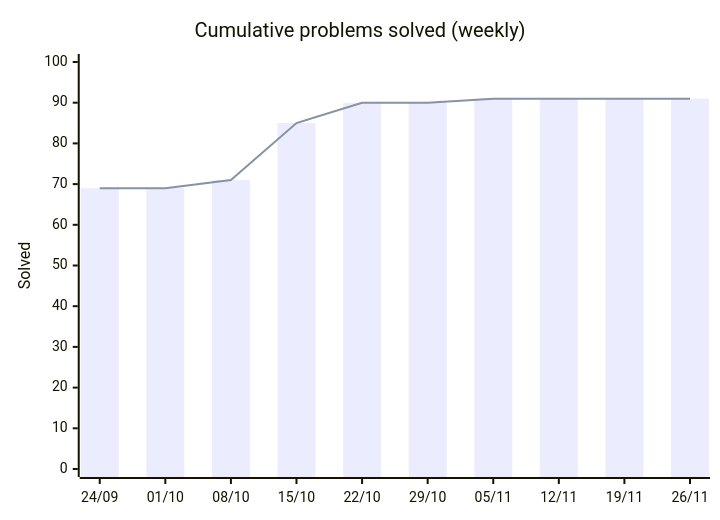
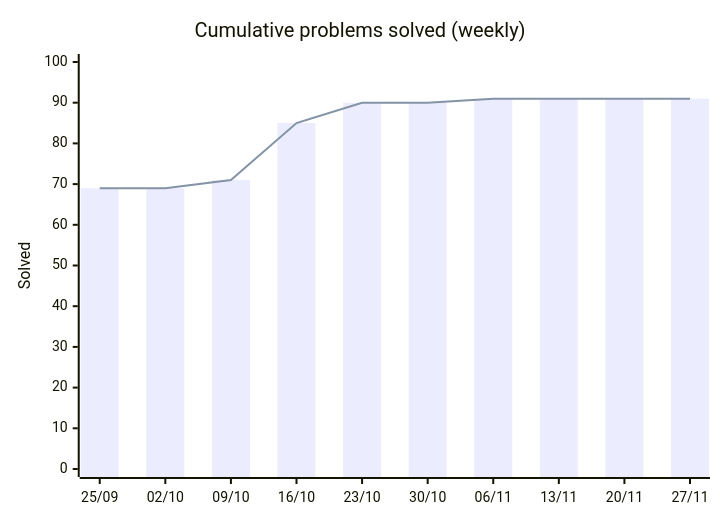
Before and after one commit to HarryTrn/TensorTonic-Solutions: the first of 2 diagrams in README.md, drawn with Mermaid. The commit also changed other lines of this file, not shown here.

Commit message:
docs: auto-update README [skip ci]

````diff
--- a/README.md
+++ b/README.md
@@ -65,8 +65,8 @@
 ```mermaid
 xychart-beta
     title "Cumulative problems solved (weekly)"
-    x-axis ["24/09", "01/10", "08/10", "15/10", "22/10", "29/10", "05/11", "12/11", "19/11", "26/11"]
+    x-axis ["25/09", "02/10", "09/10", "16/10", "23/10", "30/10", "06/11", "13/11", "20/11", "27/11"]
     y-axis "Solved" 0 --> 100
     bar [69, 69, 71, 85, 90, 90, 91, 91, 91, 91]
     line [69, 69, 71, 85, 90, 90, 91, 91, 91, 91]
 ```
````
